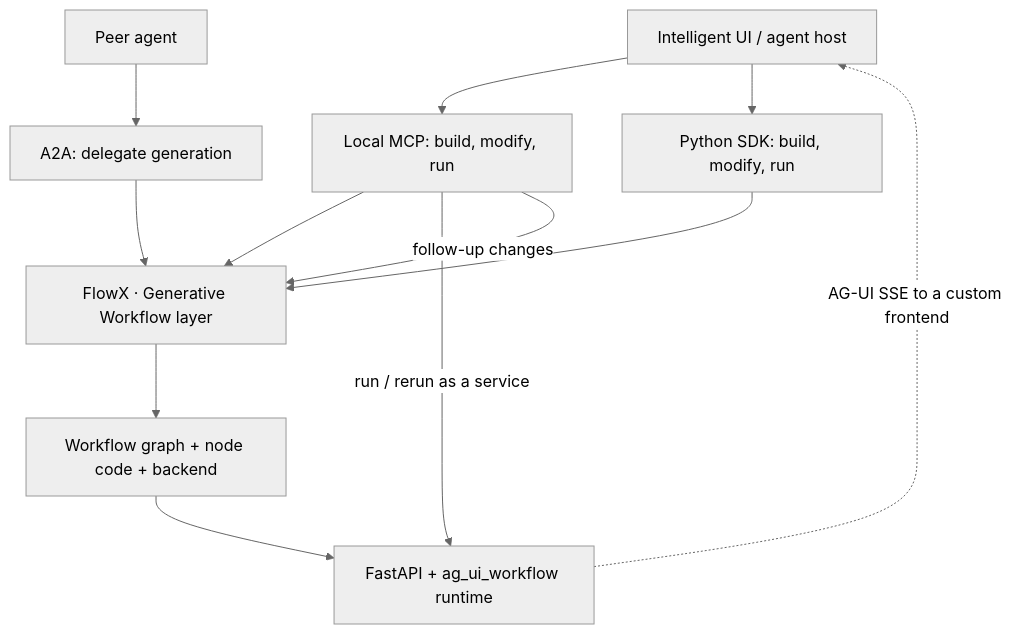
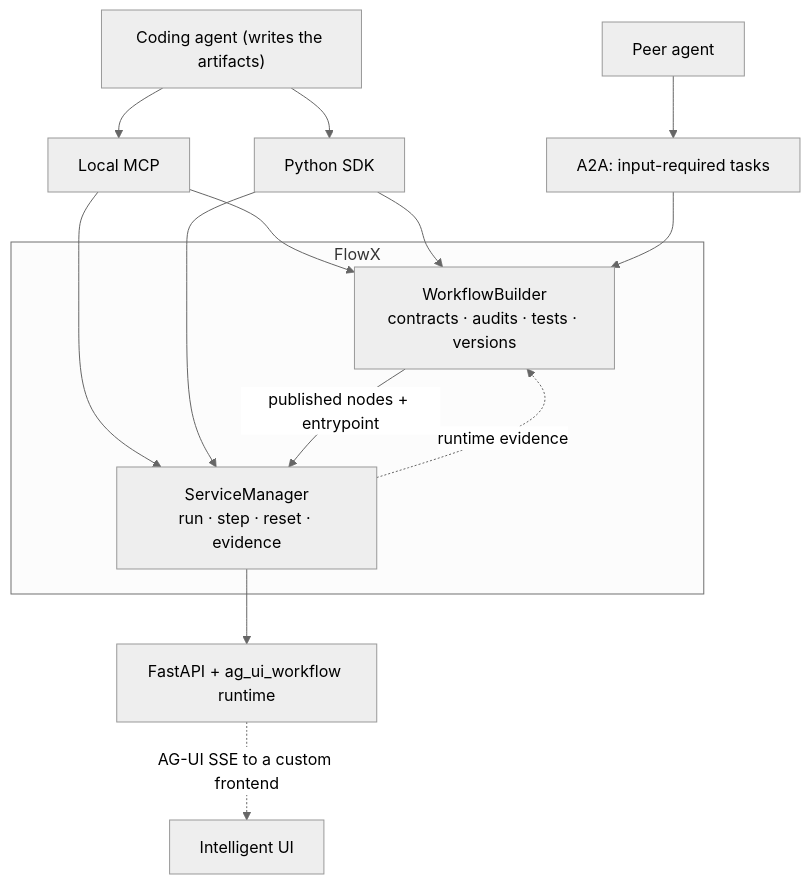
The first of 2 diagrams in README.md (AIpRoBuilder/FlowX), drawn with Mermaid (neutral theme) before and after one commit. The commit also changed other lines of this file and 115 other files, not shown here.

Commit message:
restructure flowx as pure compiler & service runner

````diff
--- a/README.md
+++ b/README.md
@@ -491,14 +450,17 @@
 ```mermaid
 flowchart TB
-  UI["Intelligent UI / agent host"] --> MCP["Local MCP: build, modify, run"]
-  UI --> SDK["Python SDK: build, modify, run"]
-  PEER["Peer agent"] --> A2A["A2A: delegate generation"]
-  MCP --> CORE["FlowX · Generative Workflow layer"]
-  SDK --> CORE
-  A2A --> CORE
-  CORE --> FILES["Workflow graph + node code + backend"]
-  FILES --> RUNTIME["FastAPI + ag_ui_workflow runtime"]
-  MCP -->|"run / rerun as a service"| RUNTIME
-  RUNTIME -.->|"AG-UI SSE to a custom frontend"| UI
-  MCP -->|"follow-up changes"| CORE
+  AGENT["Coding agent (writes the artifacts)"] --> MCP["Local MCP"]
+  AGENT --> SDK["Python SDK"]
+  PEER["Peer agent"] --> A2A["A2A: input-required tasks"]
+  MCP --> BUILDER
+  SDK --> BUILDER
+  A2A --> BUILDER
+  MCP --> SERVICES
+  SDK --> SERVICES
+  subgraph FLOWX["FlowX"]
+    BUILDER["WorkflowBuilder<br/>contracts · audits · tests · versions"] -->|"published nodes + entrypoint"| SERVICES["ServiceManager<br/>run · step · reset · evidence"]
+    SERVICES -.->|"runtime evidence"| BUILDER
+  end
+  SERVICES --> RUNTIME["FastAPI + ag_ui_workflow runtime"]
+  RUNTIME -.->|"AG-UI SSE to a custom frontend"| UI["Intelligent UI"]
 ```
````
